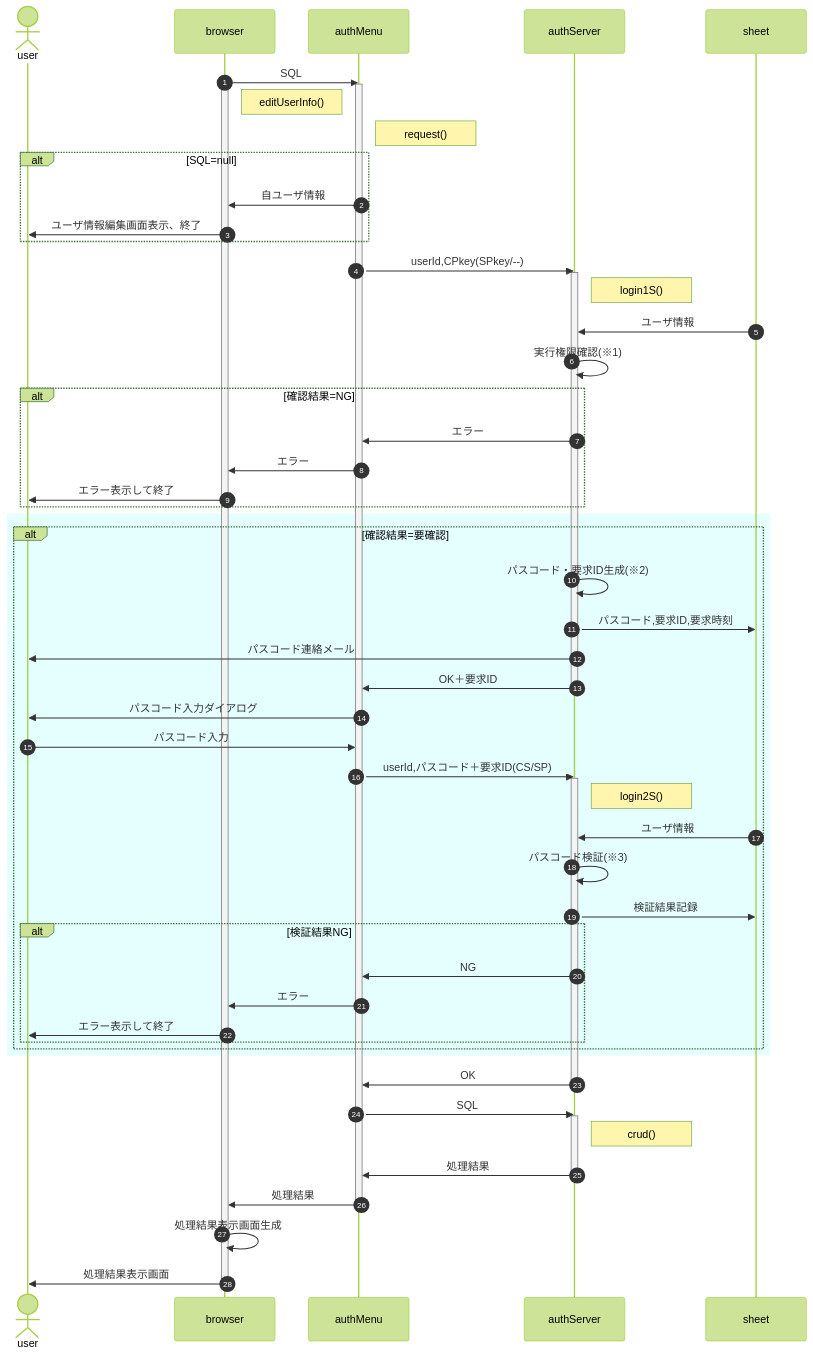
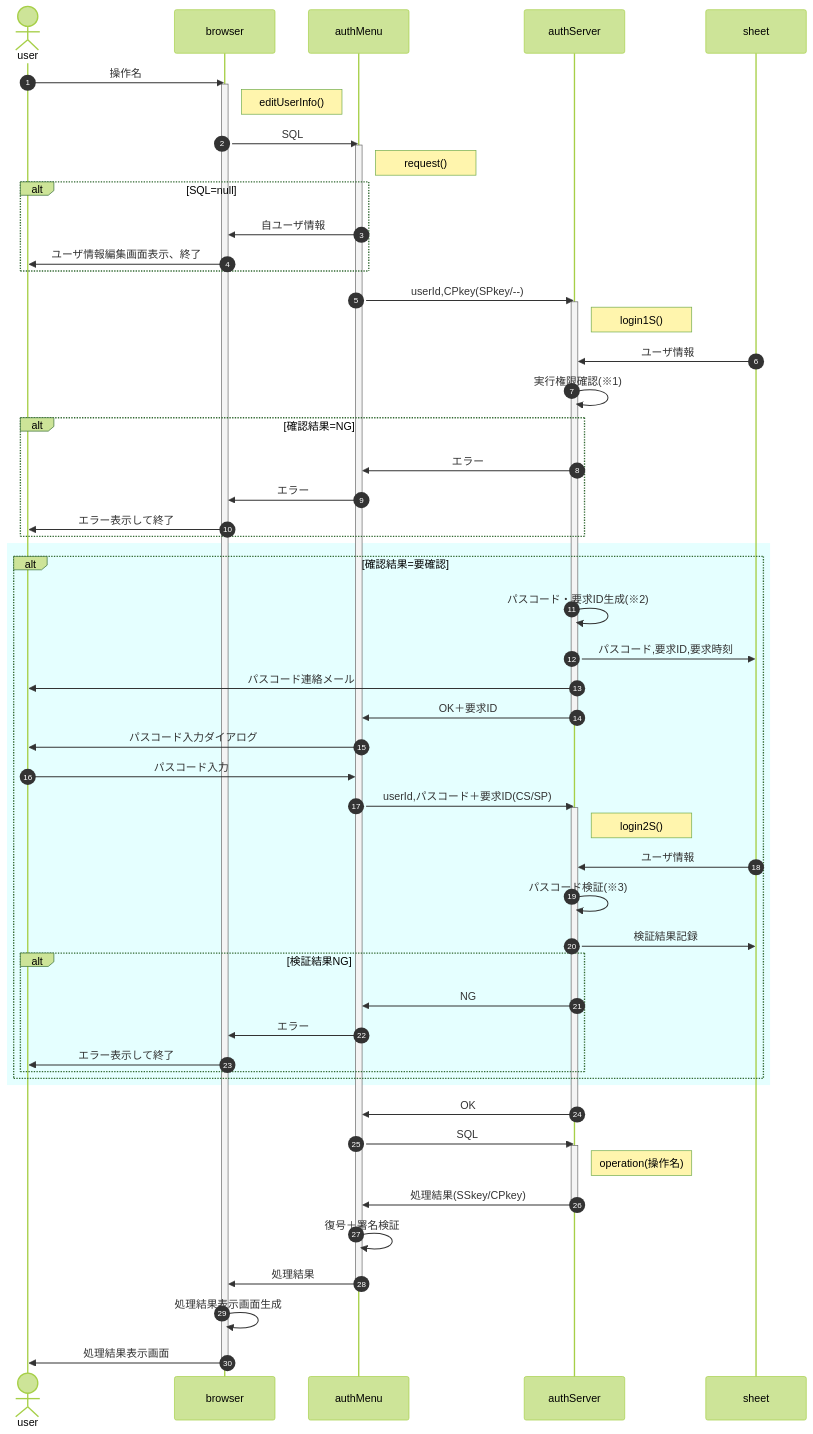
One commit to nakaone/library changed the diagram in authMenu/1.0.0/doc/request.md. Above: the diagram before and after it, drawn with Mermaid (forest theme). The commit also changed other lines of this file and 2 other files, not shown here.

Commit message:
crud -> request 統合

````diff
--- a/authMenu/1.0.0/doc/request.md
+++ b/authMenu/1.0.0/doc/request.md
@@ -3,65 +8,67 @@
 ```mermaid
 sequenceDiagram
   autonumber
   actor user
   participant browser
   participant client as authMenu
   participant server as authServer
   participant sheet
 
+  user ->> browser : 操作名
+  activate browser
+  Note right of browser : editUserInfo()
   browser ->> client : SQL
-  activate browser
   activate client
-  Note right of browser : editUserInfo()
   Note right of client : request()
   alt SQL=null
     client ->> browser : 自ユーザ情報
     browser ->> user : ユーザ情報編集画面表示、終了
   end
 
   client ->> server : userId,CPkey(SPkey/--)
   activate server
   Note right of server : login1S()
   sheet ->> server : ユーザ情報
   server ->> server : 実行権限確認(※1)
   alt 確認結果=NG
     server ->> client : エラー
     client ->> browser : エラー
     browser ->> user : エラー表示して終了
   end
   rect rgba(0, 255, 255, 0.1)
     alt 確認結果=要確認
       server ->> server : パスコード・要求ID生成(※2)
       server ->> sheet : パスコード,要求ID,要求時刻
       server ->> user : パスコード連絡メール
       server ->> client : OK＋要求ID
       deactivate server
 
       client ->> user : パスコード入力ダイアログ
       user ->> client : パスコード入力
       client ->> server : userId,パスコード＋要求ID(CS/SP)
       activate server
       Note right of server : login2S()
       sheet ->> server : ユーザ情報
       server ->> server : パスコード検証(※3)
       server ->> sheet : 検証結果記録
       alt 検証結果NG
         server ->> client : NG
         client ->> browser : エラー
         browser ->> user : エラー表示して終了
       end
     end
   end
   server ->> client : OK
   deactivate server
   client ->> server : SQL
   activate server
-  Note right of server : crud()
-  server ->> client : 処理結果
+  Note right of server : operation(操作名)
+  server ->> client : 処理結果(SSkey/CPkey)
   deactivate server
+  client ->> client : 復号＋署名検証
   client ->> browser : 処理結果
   deactivate client
   browser ->> browser : 処理結果表示画面生成
   browser ->> user : 処理結果表示画面
   deactivate browser
 ```
````
